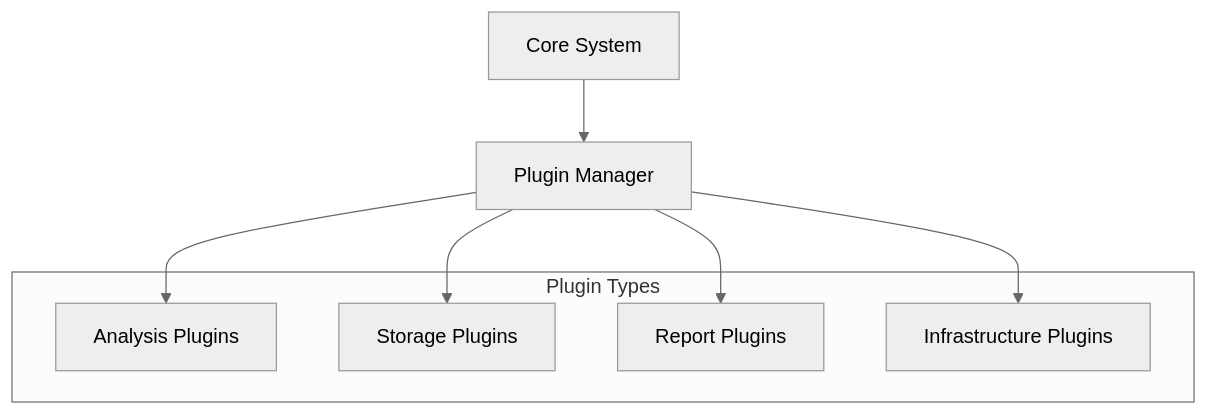
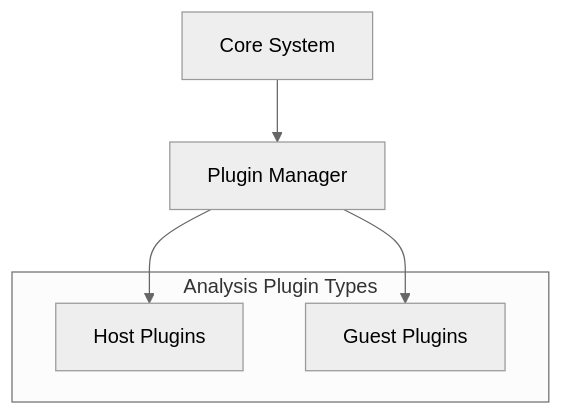
Before and after one commit to DualHorizon/malbox: the diagram in README.md, drawn with Mermaid (neutral theme). The commit also changed other lines of this file, not shown here.

Commit message:
Add runtime architecture graph in README.md

````diff
--- a/README.md
+++ b/README.md
@@ -47,15 +47,11 @@
 ```mermaid
 graph TD
     A[Core System] --> B[Plugin Manager]
-    B --> C[Analysis Plugins]
-    B --> D[Storage Plugins]
-    B --> E[Report Plugins]
-    B --> F[Infrastructure Plugins]
+    B --> C[Host Plugins]
+    B --> D[Guest Plugins]
     
-    subgraph "Plugin Types"
+    subgraph "Analysis Plugin Types"
         C
         D
-        E
-        F
     end
 ```
````
